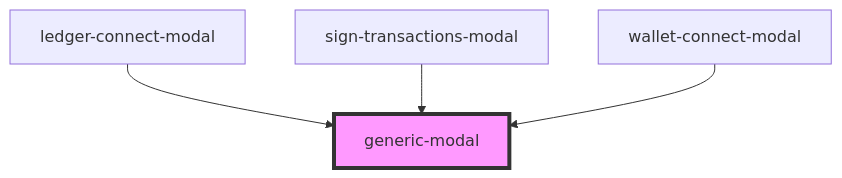
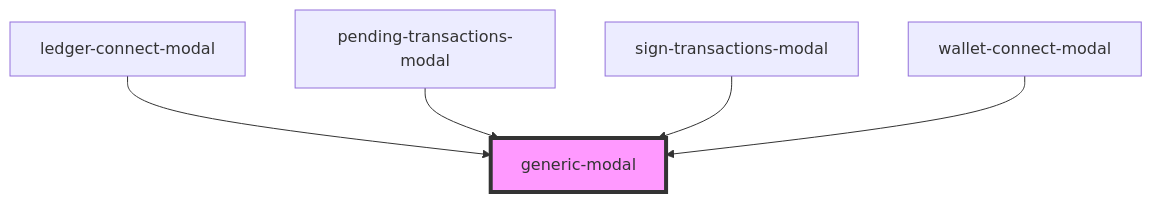
Before and after one commit to multiversx/mx-sdk-dapp-ui: the diagram in src/common/generic-modal/readme.md, drawn with Mermaid. The commit also changed other lines of this file and 5 other files, not shown here.

Commit message:
Add pending transactions

````diff
--- a/src/common/generic-modal/readme.md
+++ b/src/common/generic-modal/readme.md
@@ -27,7 +28,8 @@
 ```mermaid
 graph TD;
   ledger-connect-modal --> generic-modal
+  pending-transactions-modal --> generic-modal
   sign-transactions-modal --> generic-modal
   wallet-connect-modal --> generic-modal
   style generic-modal fill:#f9f,stroke:#333,stroke-width:4px
 ```
````
